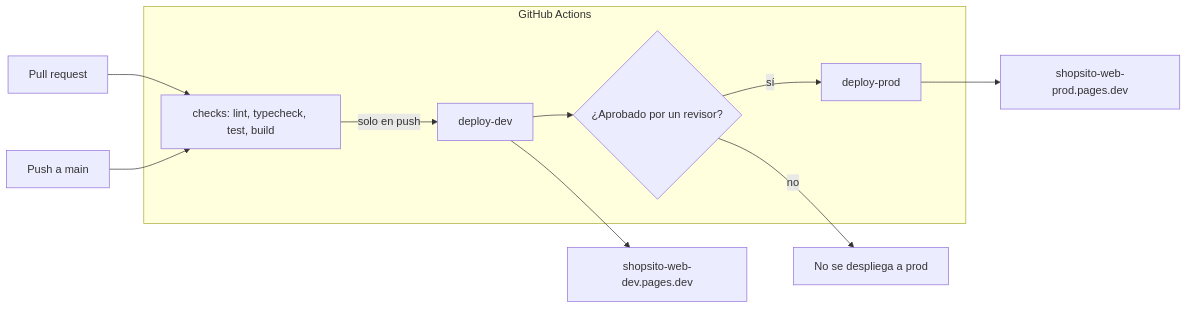
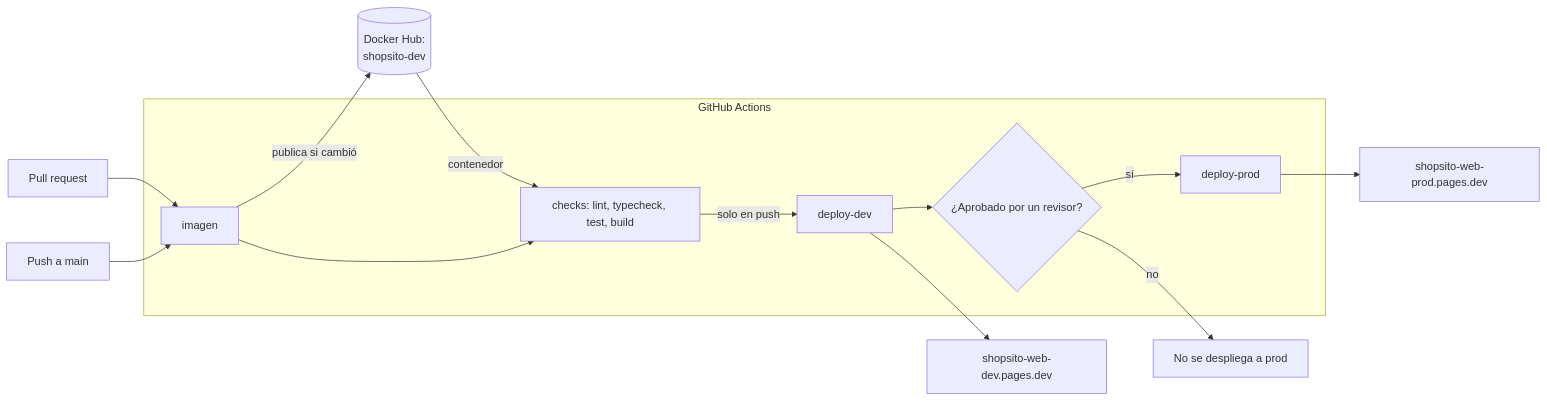
Before and after one commit to FranqZD/Shopsitov2: diagram 13 of 14 in docs/WIKI.md, drawn with Mermaid. The commit also changed other lines of this file and 2 other files, not shown here.

Commit message:
docs: documentar la imagen de Docker Hub

````diff
--- a/docs/WIKI.md
+++ b/docs/WIKI.md
@@ -828,19 +835,23 @@
 ```mermaid
 flowchart LR
-    pr["Pull request"] --> checks
-    push["Push a main"] --> checks
+    pr["Pull request"] --> imagen
+    push["Push a main"] --> imagen
+    imagen -->|"publica si cambió"| hub[("Docker Hub:<br/>shopsito-dev")]
+    hub -->|"contenedor"| checks
 
     subgraph gha["GitHub Actions"]
+        imagen["imagen"]
         checks["checks: lint, typecheck, test, build"]
         dev["deploy-dev"]
         aprob{"¿Aprobado por un revisor?"}
         prod["deploy-prod"]
+        imagen --> checks
         checks -->|"solo en push"| dev
         dev --> aprob
         aprob -->|"sí"| prod
     end
 
     dev --> urlDev["shopsito-web-dev.pages.dev"]
     prod --> urlProd["shopsito-web-prod.pages.dev"]
     aprob -->|"no"| fin["No se despliega a prod"]
 ```
````
